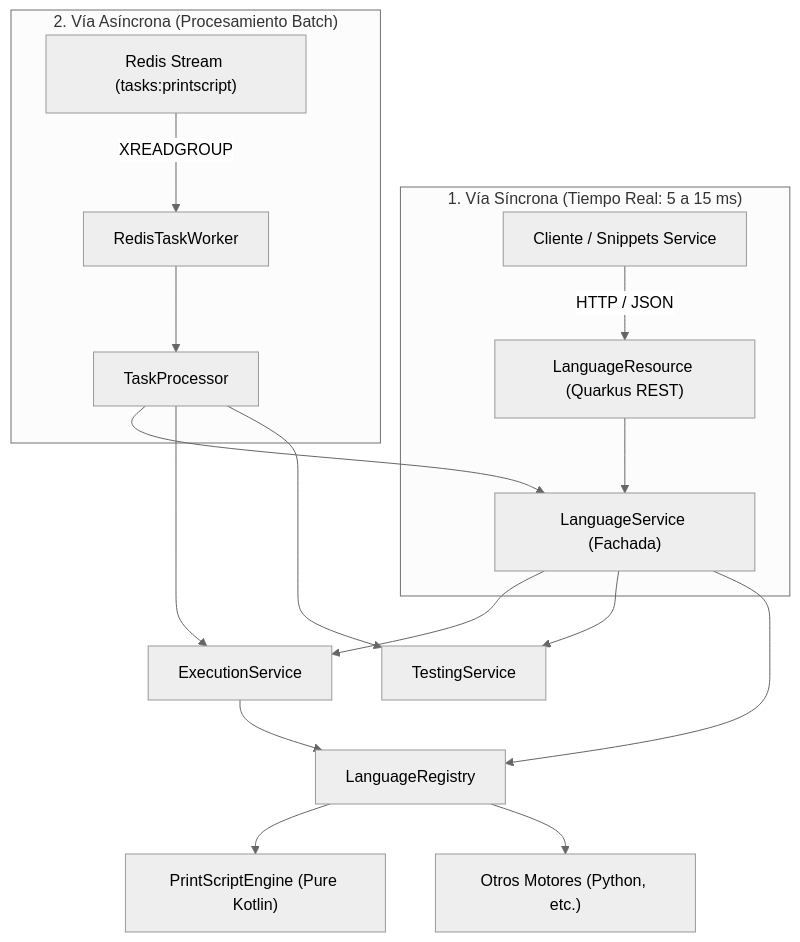
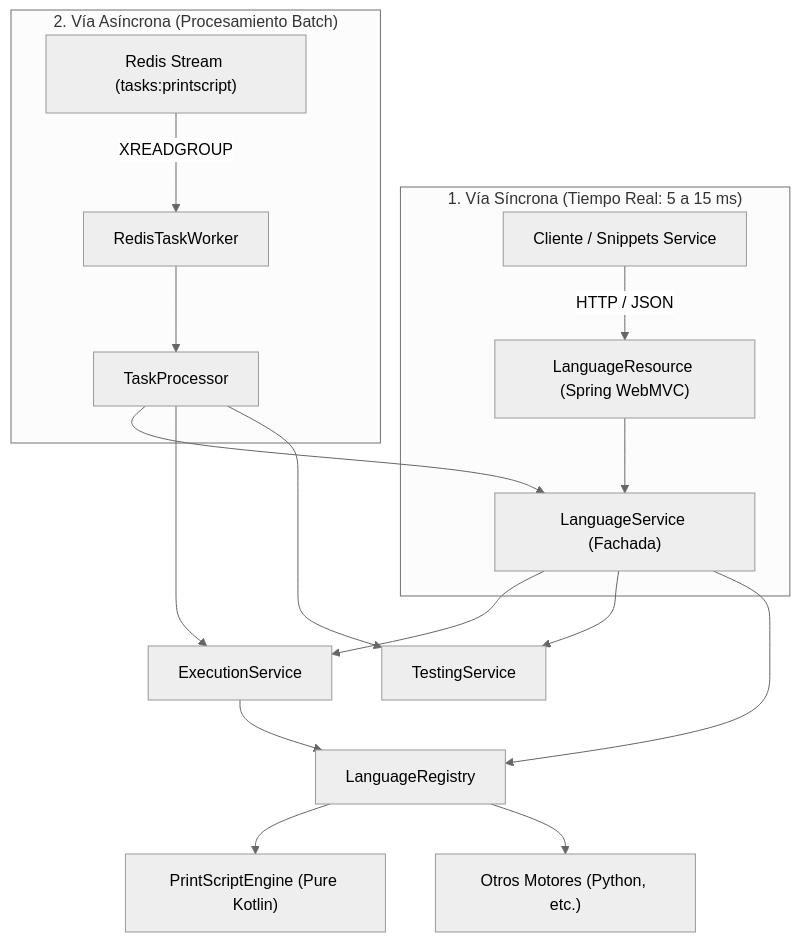
The diagram in README.md (TP1-2-INGSIS/Language), drawn with Mermaid (neutral theme) before and after one commit. The commit also changed other lines of this file and 34 other files, not shown here.

Commit message:
refactor(framework): migrate service from Quarkus to Spring Boot 4

````diff
--- a/README.md
+++ b/README.md
@@ -13,23 +13,23 @@
 ```mermaid
 flowchart TD
     subgraph Sincrono["1. Vía Síncrona (Tiempo Real: 5 a 15 ms)"]
-        Client["Cliente / Snippets Service"] -->|HTTP / JSON| Resource["LanguageResource (Quarkus REST)"]
+        Client["Cliente / Snippets Service"] -->|HTTP / JSON| Resource["LanguageResource (Spring WebMVC)"]
         Resource --> Service["LanguageService (Fachada)"]
     end
 
     subgraph Asincrono["2. Vía Asíncrona (Procesamiento Batch)"]
         RedisStream["Redis Stream (tasks:printscript)"] -->|XREADGROUP| Worker["RedisTaskWorker"]
         Worker --> TaskProc["TaskProcessor"]
     end
 
     Service --> ExecService["ExecutionService"]
     Service --> TestService["TestingService"]
     TaskProc --> Service
     TaskProc --> ExecService
     TaskProc --> TestService
 
     ExecService --> Registry["LanguageRegistry"]
     Service --> Registry
     Registry --> PSEngine["PrintScriptEngine (Pure Kotlin)"]
     Registry --> OtherLangs["Otros Motores (Python, etc.)"]
 ```
````
